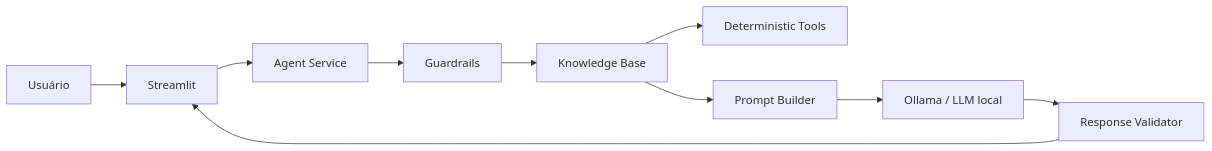
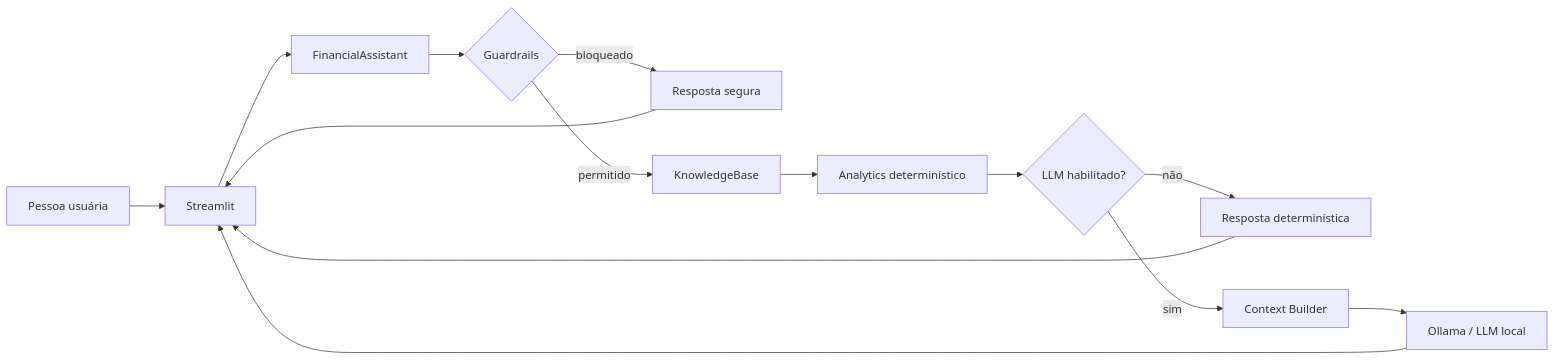
One commit to Santosdevbjj/assistente-virtual-financeiro changed the diagram in README.md. Above: the diagram before and after it, drawn with Mermaid. The commit also changed other lines of this file, not shown here.

````diff
--- a/README.md
+++ b/README.md
@@ -95,12 +92,16 @@
 ```mermaid
 flowchart LR
-    U[Usuário] --> UI[Streamlit]
-    UI --> ORCH[Agent Service]
-    ORCH --> G[Guardrails]
-    G --> K[Knowledge Base]
-    K --> T[Deterministic Tools]
-    K --> P[Prompt Builder]
-    P --> LLM[Ollama / LLM local]
-    LLM --> V[Response Validator]
-    V --> UI
+    U[Pessoa usuária] --> UI[Streamlit]
+    UI --> S[FinancialAssistant]
+    S --> G{Guardrails}
+    G -->|bloqueado| R[Resposta segura]
+    G -->|permitido| K[KnowledgeBase]
+    K --> A[Analytics determinístico]
+    A --> D{LLM habilitado?}
+    D -->|não| DA[Resposta determinística]
+    D -->|sim| C[Context Builder]
+    C --> L[Ollama / LLM local]
+    R --> UI
+    DA --> UI
+    L --> UI
 ```
````
